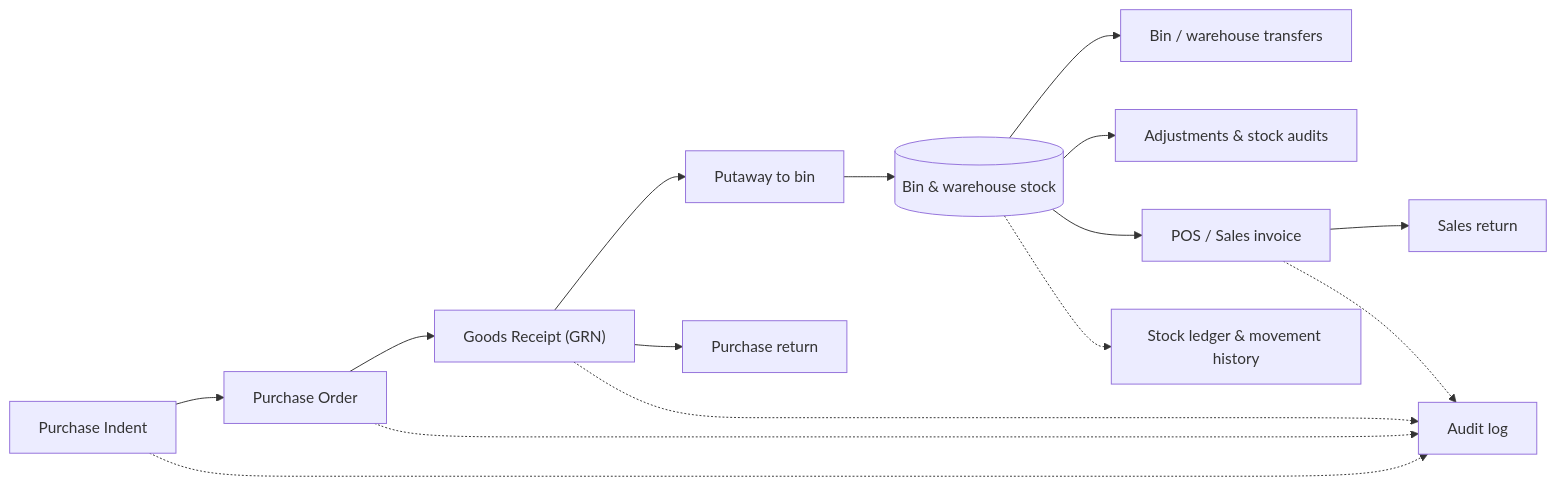
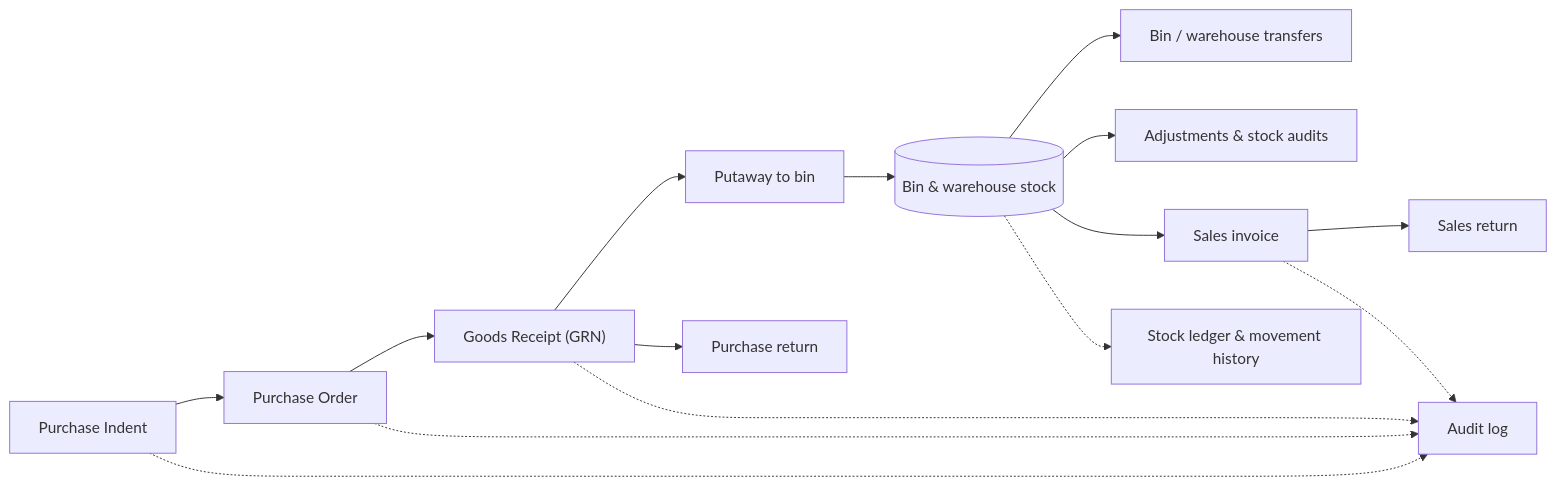
The second of 2 diagrams in README.md (Harinath2112/Enterprise-WMS-Inventory-Control-Hub), drawn with Mermaid before and after one commit. The commit also changed other lines of this file, not shown here.

````diff
--- a/README.md
+++ b/README.md
@@ -143,14 +131,14 @@
 ```mermaid
 flowchart LR
     PI["Purchase Indent"] --> PO["Purchase Order"] --> GRN["Goods Receipt (GRN)"] --> PUT["Putaway to bin"] --> STK[("Bin & warehouse stock")]
     STK --> TR["Bin / warehouse transfers"]
     STK --> ADJ["Adjustments & stock audits"]
-    STK --> SALE["POS / Sales invoice"]
+    STK --> SALE["Sales invoice"]
     SALE --> SR["Sales return"]
     GRN --> PR["Purchase return"]
     STK -.-> LED["Stock ledger & movement history"]
     PI -.-> AUD["Audit log"]
     PO -.-> AUD
     GRN -.-> AUD
     SALE -.-> AUD
 ```
````
